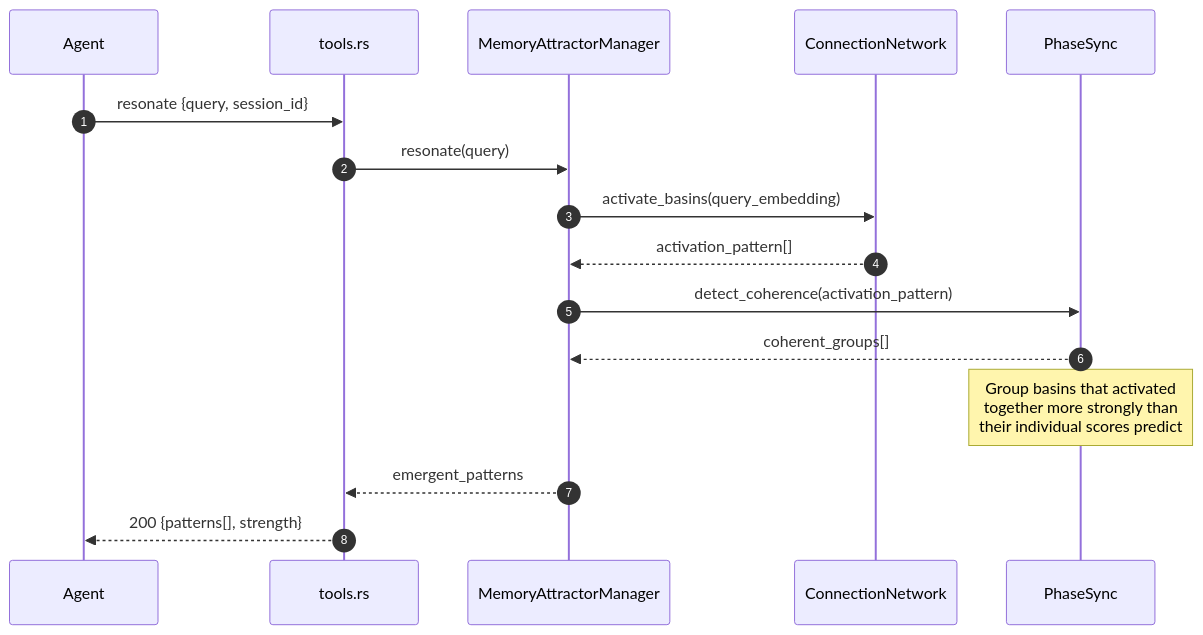
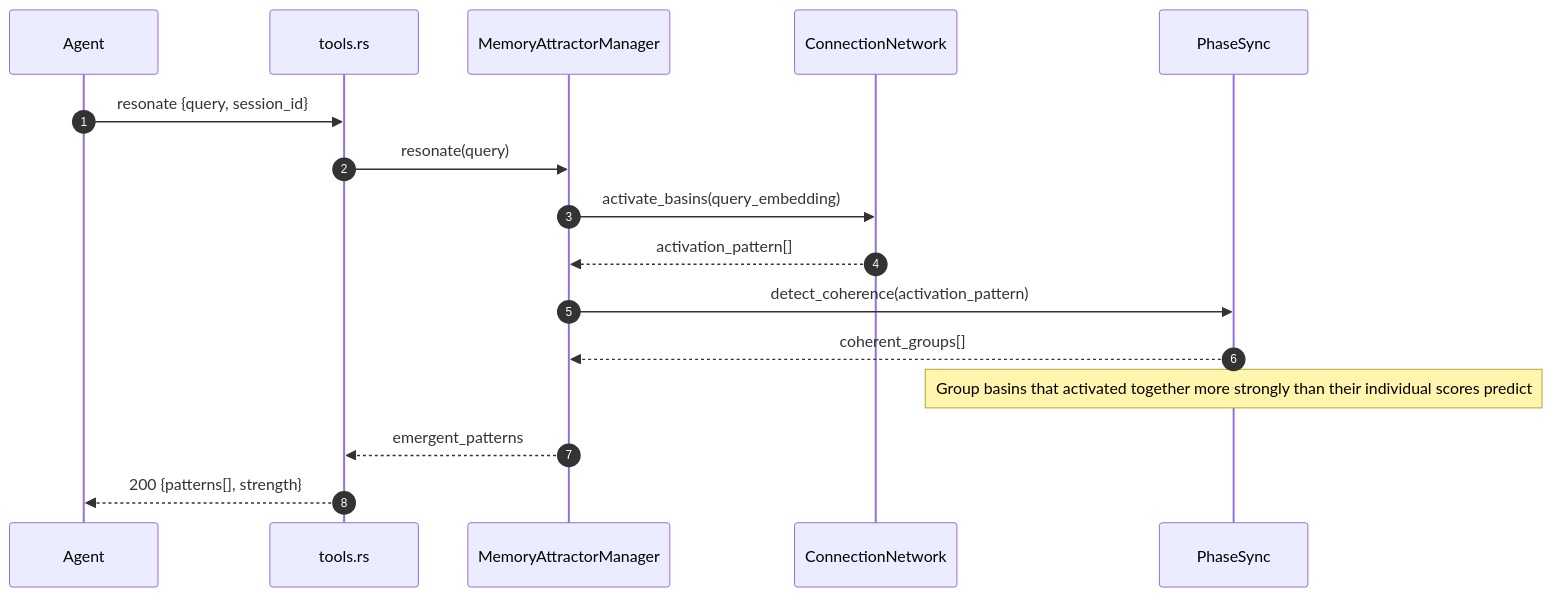
One commit to SourceShift/ContextNest changed the fourth of 5 diagrams in docs/architecture.md. Above: the diagram before and after it, drawn with Mermaid. The commit also changed other lines of this file, not shown here.

First line of the commit message:
fix(docs): drop <br/> from sequence diagram Notes (mermaid syntax error)

````diff
--- a/docs/architecture.md
+++ b/docs/architecture.md
@@ -178,19 +178,19 @@
 ```mermaid
 sequenceDiagram
     autonumber
     participant Client as Agent
     participant API as tools.rs
     participant MAM as MemoryAttractorManager
     participant Net as ConnectionNetwork
     participant Phase as PhaseSync
 
     Client->>API: resonate {query, session_id}
     API->>MAM: resonate(query)
     MAM->>Net: activate_basins(query_embedding)
     Net-->>MAM: activation_pattern[]
     MAM->>Phase: detect_coherence(activation_pattern)
     Phase-->>MAM: coherent_groups[]
-    Note over Phase: Group basins that activated<br/>together more strongly than<br/>their individual scores predict
+    Note over Phase: Group basins that activated together more strongly than their individual scores predict
     MAM-->>API: emergent_patterns
     API-->>Client: 200 {patterns[], strength}
 ```
````
